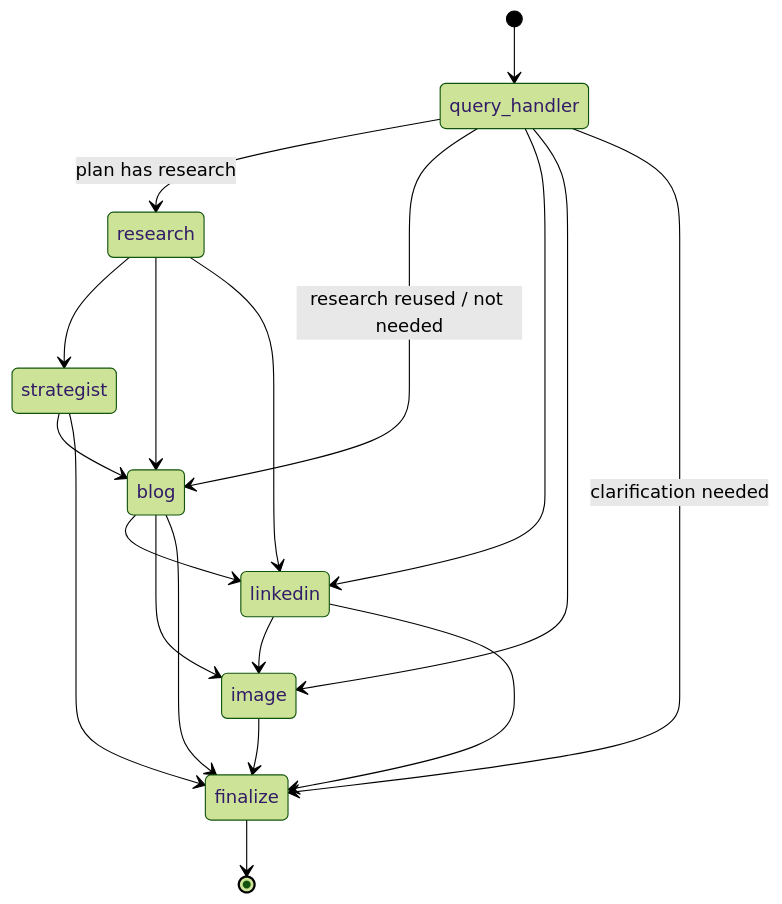
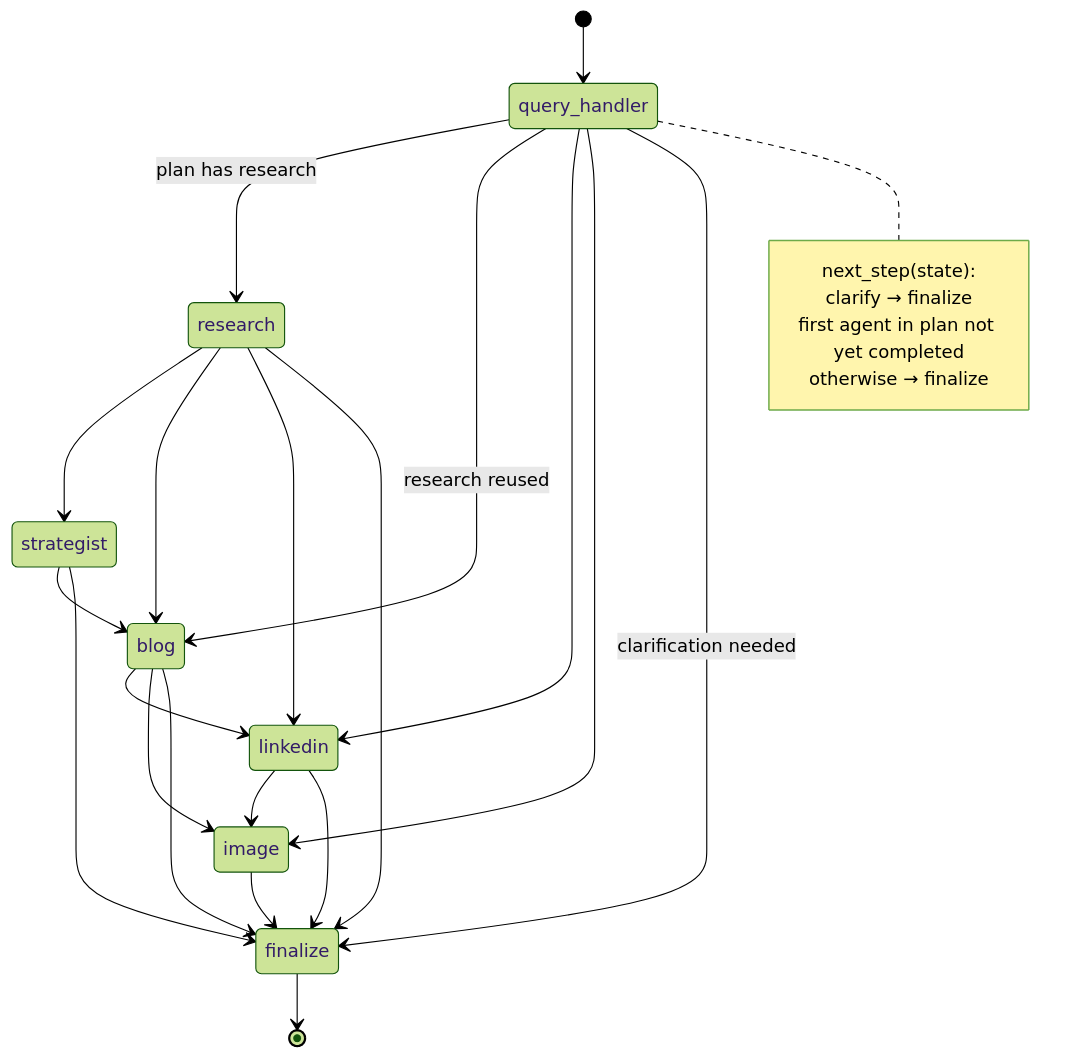
The fourth of 15 diagrams in docs/architecture.md (prasannakoppolu/contentblitz-ai-assistant), drawn with Mermaid (forest theme) before and after one commit. The commit also changed other lines of this file and 25 other files, not shown here.

First line of the commit message:
Update architecture diagrams (C4 levels) and add ADRs

````diff
--- a/docs/architecture.md
+++ b/docs/architecture.md
@@ -46,21 +136,29 @@
 ```mermaid
 stateDiagram-v2
     [*] --> query_handler
     query_handler --> research: plan has research
-    query_handler --> blog: research reused / not needed
+    query_handler --> blog: research reused
     query_handler --> linkedin
     query_handler --> image
     query_handler --> finalize: clarification needed
     research --> strategist
     research --> blog
     research --> linkedin
+    research --> finalize
     strategist --> blog
     strategist --> finalize
     blog --> linkedin
     blog --> image
     blog --> finalize
     linkedin --> image
     linkedin --> finalize
     image --> finalize
     finalize --> [*]
+
+    note right of query_handler
+        next_step(state):
+          clarify → finalize
+          first agent in plan not yet completed
+          otherwise → finalize
+    end note
 ```
````
